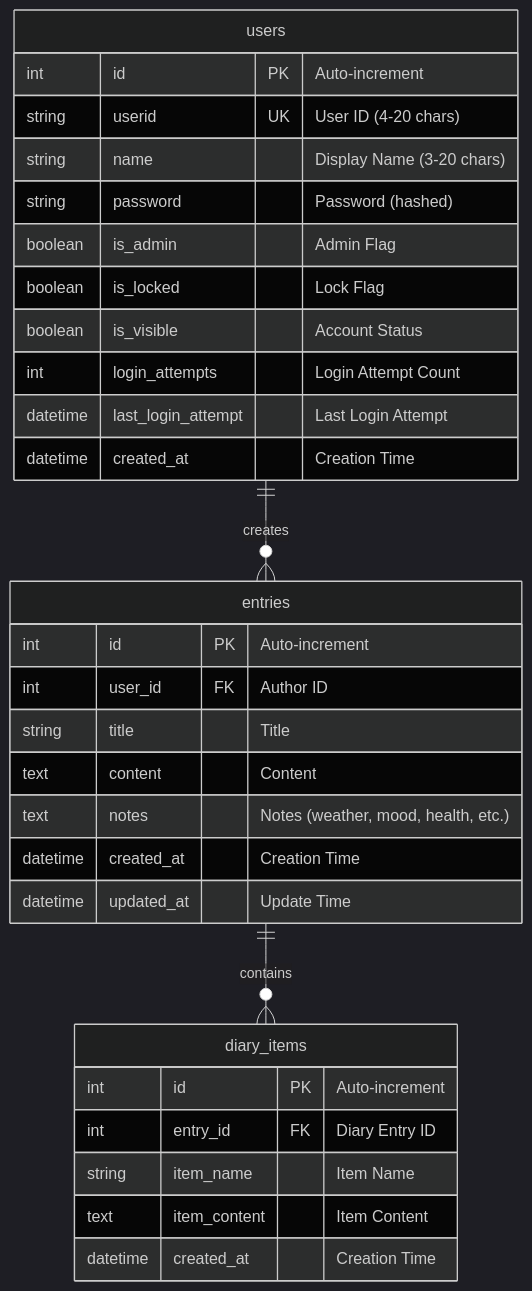
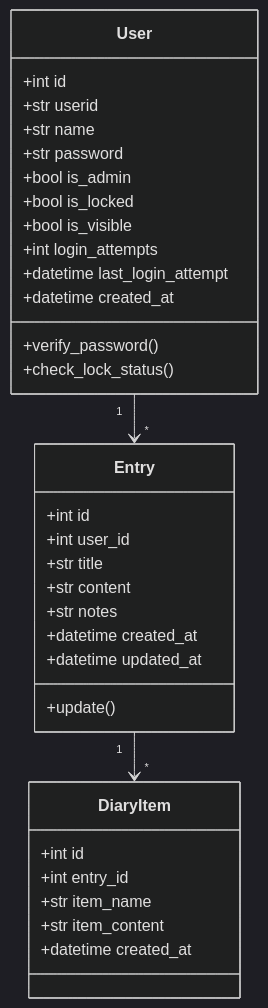
One commit to sougetuOte/LifeLog changed the second of 2 diagrams in docs/diagrams.md. Above: the diagram before and after it, drawn with Mermaid (dark theme). The commit also changed other lines of this file and 17 other files, not shown here.

````diff
--- a/docs/diagrams.md
+++ b/docs/diagrams.md
@@ -229,36 +42,39 @@
 ```mermaid
-erDiagram
-    users {
-        int id PK "Auto-increment"
-        string userid UK "User ID (4-20 chars)"
-        string name "Display Name (3-20 chars)"
-        string password "Password (hashed)"
-        boolean is_admin "Admin Flag"
-        boolean is_locked "Lock Flag"
-        boolean is_visible "Account Status"
-        int login_attempts "Login Attempt Count"
-        datetime last_login_attempt "Last Login Attempt"
-        datetime created_at "Creation Time"
+classDiagram
+    class User {
+        +int id
+        +str userid
+        +str name
+        +str password
+        +bool is_admin
+        +bool is_locked
+        +bool is_visible
+        +int login_attempts
+        +datetime last_login_attempt
+        +datetime created_at
+        +verify_password()
+        +check_lock_status()
     }
-
-    entries {
-        int id PK "Auto-increment"
-        int user_id FK "Author ID"
-        string title "Title"
-        text content "Content"
-        text notes "Notes (weather, mood, health, etc.)"
-        datetime created_at "Creation Time"
-        datetime updated_at "Update Time"
+    
+    class Entry {
+        +int id
+        +int user_id
+        +str title
+        +str content
+        +str notes
+        +datetime created_at
+        +datetime updated_at
+        +update()
     }
-
-    diary_items {
-        int id PK "Auto-increment"
-        int entry_id FK "Diary Entry ID"
-        string item_name "Item Name"
-        text item_content "Item Content"
-        datetime created_at "Creation Time"
+    
+    class DiaryItem {
+        +int id
+        +int entry_id
+        +str item_name
+        +str item_content
+        +datetime created_at
     }
-
-    users ||--o{ entries : "creates"
-    entries ||--o{ diary_items : "contains"
+    
+    User "1" --> "*" Entry
+    Entry "1" --> "*" DiaryItem
 ```
````
